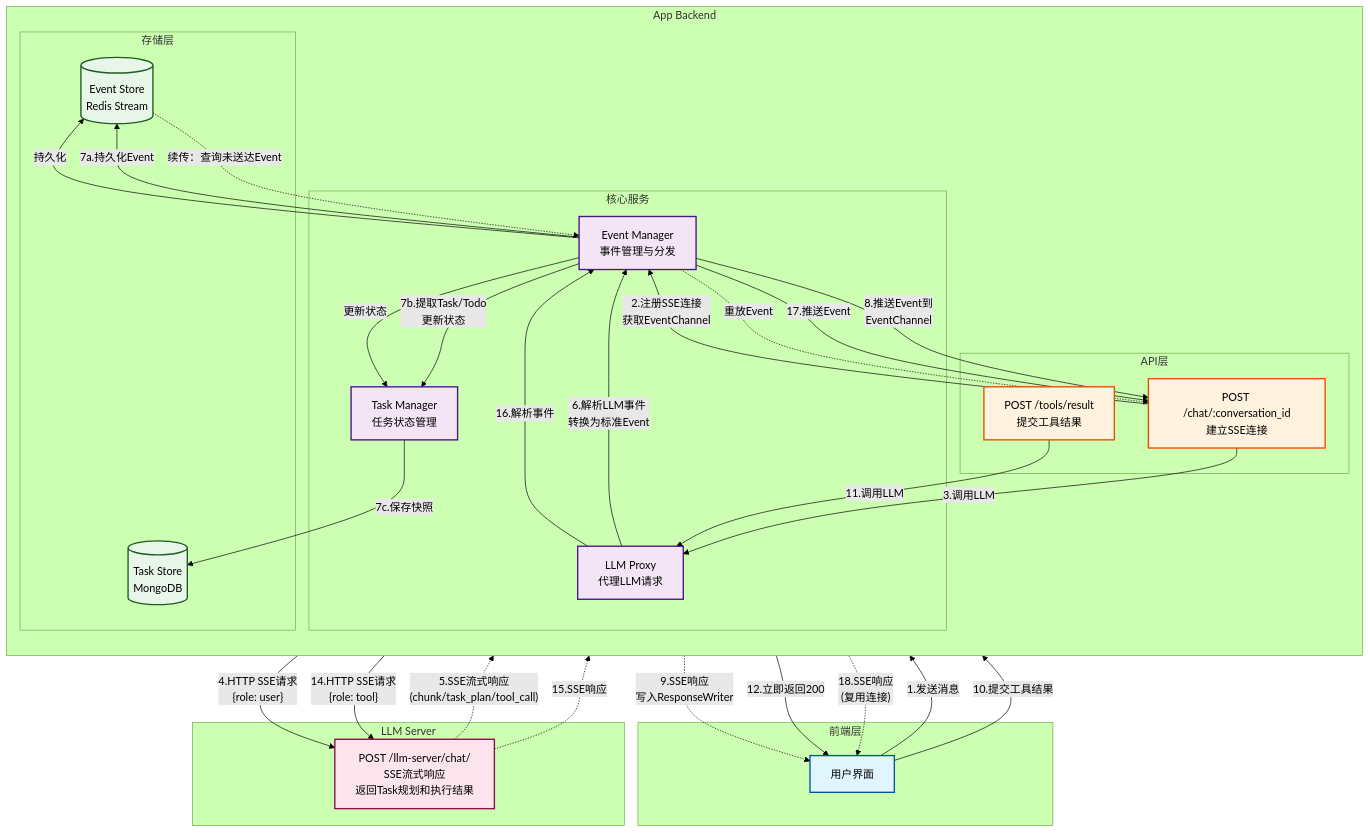
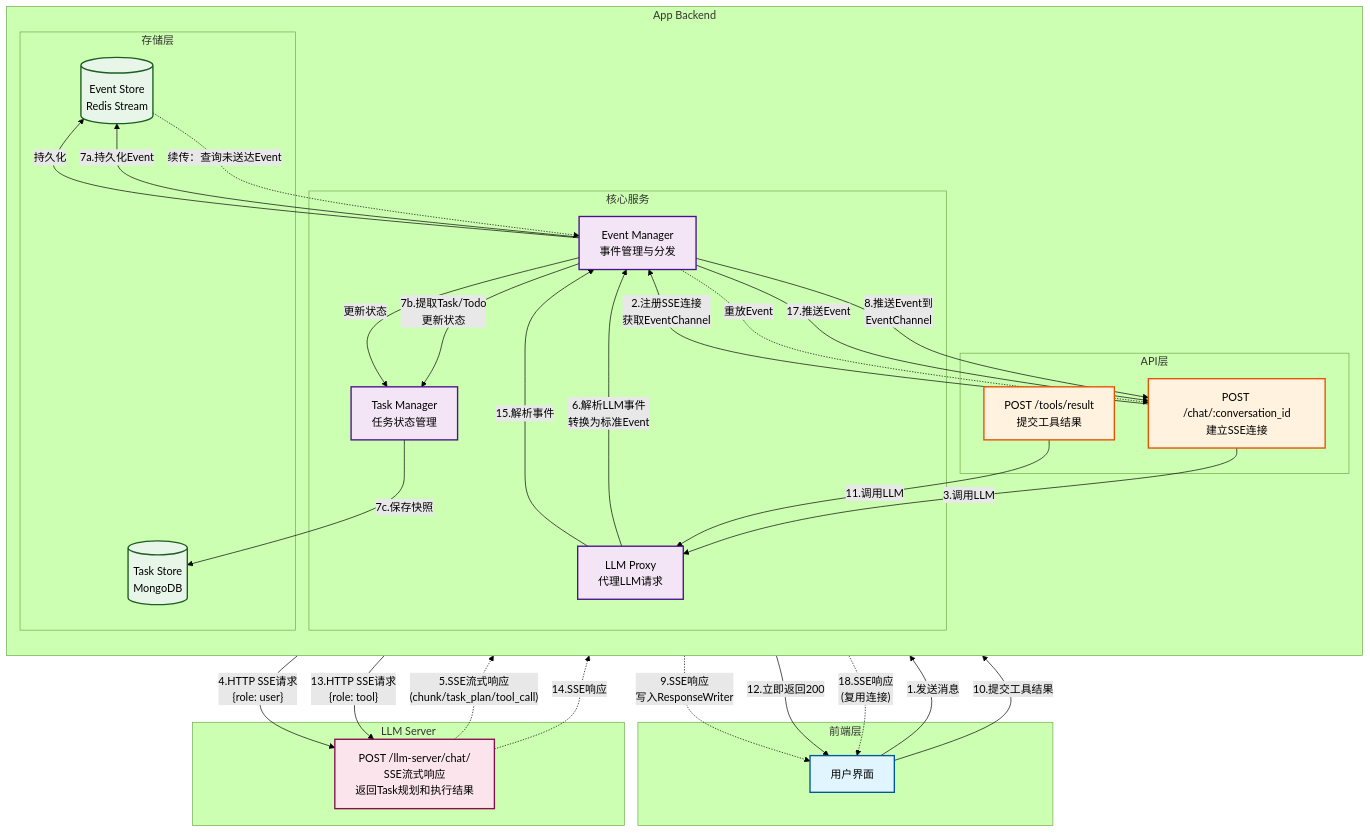
The diagram in all/未命名-10.md (yingjianzh/iodraw-files), drawn with Mermaid (forest theme) before and after one commit.

Commit message:
2025-12-22 15:39:48 update

````diff
--- a/all/未命名-10.md
+++ b/all/未命名-10.md
@@ -1,76 +1,76 @@
 ```mermaid
 graph TB
     subgraph "前端层"
         UI[用户界面]
     end
 
     subgraph "App Backend"
         direction TB
         
         subgraph "API层"
             ChatAPI["POST /chat/:conversation_id<br/>建立SSE连接"]
             ToolAPI["POST /tools/result<br/>提交工具结果"]
         end
         
         subgraph "核心服务"
             EventMgr["Event Manager<br/>事件管理与分发"]
             TaskMgr["Task Manager<br/>任务状态管理"]
             LLMProxy["LLM Proxy<br/>代理LLM请求"]
         end
         
         subgraph "存储层"
             EventStore[("Event Store<br/>Redis Stream")]
             TaskStore[("Task Store<br/>MongoDB")]
         end
     end
 
     subgraph "LLM Server"
         LLMAPI["POST /llm-server/chat/<br/>SSE流式响应<br/>返回Task规划和执行结果"]
     end
 
     %% ===== 用户发送消息流程 =====
     UI -->|"1.发送消息"| ChatAPI
     ChatAPI -->|"2.注册SSE连接<br/>获取EventChannel"| EventMgr
     ChatAPI -->|"3.调用LLM"| LLMProxy
     
     LLMProxy -->|"4.HTTP SSE请求<br/>{role: user}"| LLMAPI
     LLMAPI -.->|"5.SSE流式响应<br/>(chunk/task_plan/tool_call)"| LLMProxy
     
     LLMProxy -->|"6.解析LLM事件<br/>转换为标准Event"| EventMgr
     EventMgr -->|"7a.持久化Event"| EventStore
     EventMgr -->|"7b.提取Task/Todo<br/>更新状态"| TaskMgr
     TaskMgr -->|"7c.保存快照"| TaskStore
     
     EventMgr -->|"8.推送Event到<br/>EventChannel"| ChatAPI
     ChatAPI -.->|"9.SSE响应<br/>写入ResponseWriter"| UI
     
     %% ===== 工具调用流程 =====
     UI -->|"10.提交工具结果"| ToolAPI
   
     ToolAPI -->|"11.调用LLM"| LLMProxy
     ToolAPI -->|"12.立即返回200"| UI
     
-    LLMProxy -->|"14.HTTP SSE请求<br/>{role: tool}"| LLMAPI
-    LLMAPI -.->|"15.SSE响应"| LLMProxy
-    LLMProxy -->|"16.解析事件"| EventMgr
+    LLMProxy -->|"13.HTTP SSE请求<br/>{role: tool}"| LLMAPI
+    LLMAPI -.->|"14.SSE响应"| LLMProxy
+    LLMProxy -->|"15.解析事件"| EventMgr
     EventMgr -->|"持久化"| EventStore
     EventMgr -->|"更新状态"| TaskMgr
     EventMgr -->|"17.推送Event"| ChatAPI
     ChatAPI -.->|"18.SSE响应<br/>(复用连接)"| UI
     
     %% ===== 续传 =====
     EventStore -.->|"续传：查询未送达Event"| EventMgr
     EventMgr -.->|"重放Event"| ChatAPI
 
     classDef frontend fill:#e1f5ff,stroke:#01579b,stroke-width:2px
     classDef api fill:#fff3e0,stroke:#e65100,stroke-width:2px
     classDef service fill:#f3e5f5,stroke:#4a148c,stroke-width:2px
     classDef storage fill:#e8f5e9,stroke:#1b5e20,stroke-width:2px
     classDef llm fill:#fce4ec,stroke:#880e4f,stroke-width:2px
     
     class UI frontend
     class ChatAPI,ToolAPI api
     class EventMgr,TaskMgr,LLMProxy service
     class EventStore,TaskStore storage
     class LLMAPI llm
 ```
````
